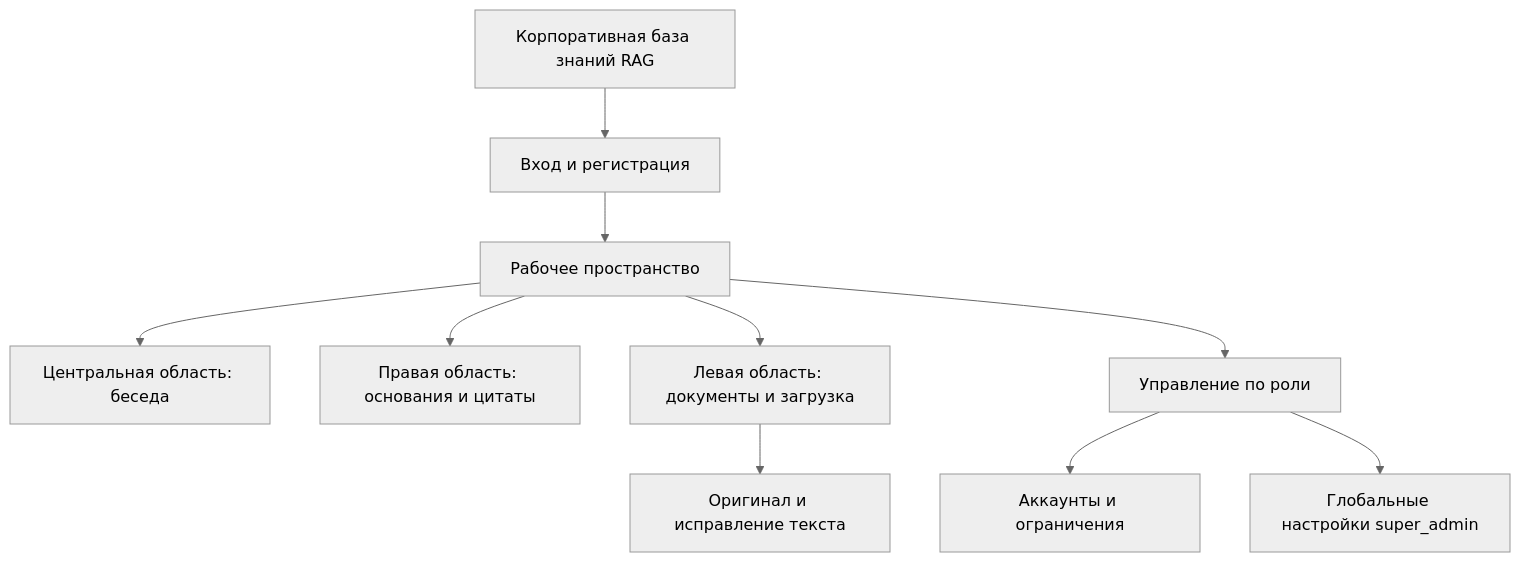
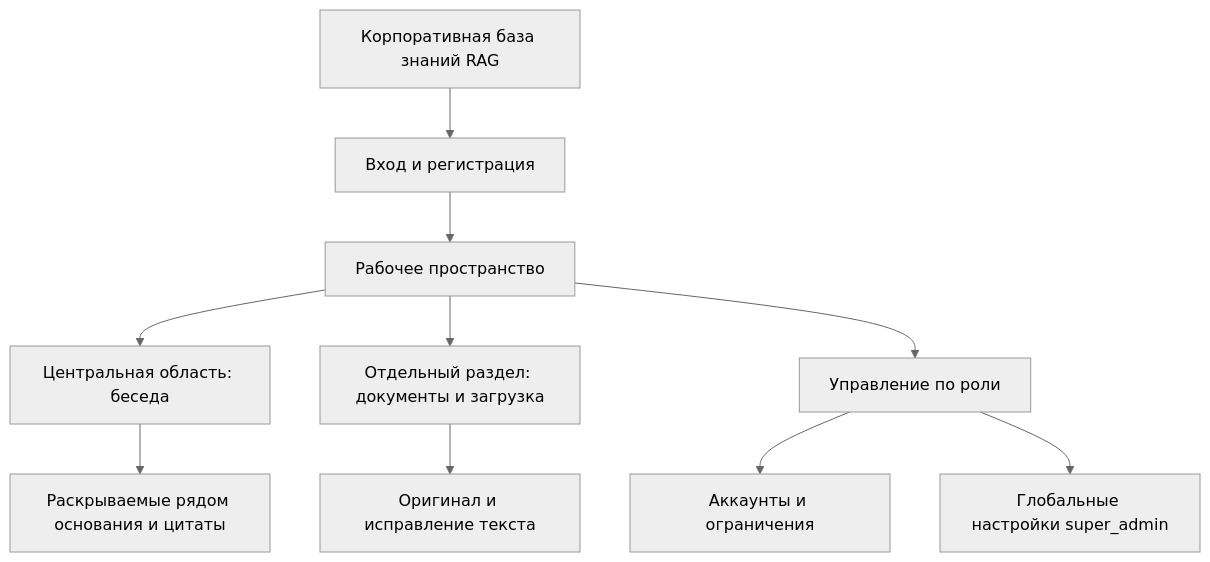
Before and after one commit to OctaDim/Multi_User_RAG_Assist_System: the first of 5 diagrams in harness/project/docs/plans/2026-10-18-2335-refactor-frontend-usability-plan.md, drawn with Mermaid (neutral theme). The commit also changed other lines of this file and 12 other files, not shown here.

````diff
--- a/harness/project/docs/plans/2026-10-18-2335-refactor-frontend-usability-plan.md
+++ b/harness/project/docs/plans/2026-10-18-2335-refactor-frontend-usability-plan.md
@@ -60,12 +60,12 @@
 ```mermaid
 flowchart TB
     App[Корпоративная база знаний RAG] --> Login[Вход и регистрация]
     Login --> Shell[Рабочее пространство]
     Shell --> Chat[Центральная область: беседа]
-    Shell --> Sources[Правая область: основания и цитаты]
-    Shell --> Documents[Левая область: документы и загрузка]
+    Chat --> Sources[Раскрываемые рядом основания и цитаты]
+    Shell --> Documents[Отдельный раздел: документы и загрузка]
     Documents --> Editor[Оригинал и исправление текста]
     Shell --> Admin[Управление по роли]
     Admin --> Accounts[Аккаунты и ограничения]
     Admin --> Settings[Глобальные настройки super_admin]
 ```
````
